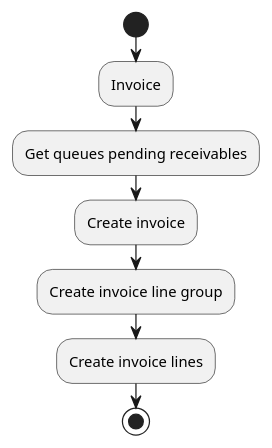
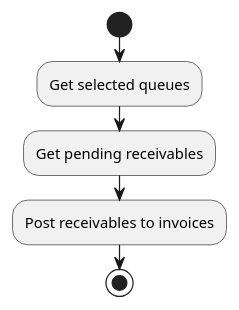
Before and after one commit to yesbabylon/symbiose: the first of 2 diagrams in DOC/developer-manual/sale/actions/receivable-queue.md, drawn with PlantUML. The commit also changed other lines of this file and 9 other files, not shown here.

````diff
--- a/DOC/developer-manual/sale/actions/receivable-queue.md
+++ b/DOC/developer-manual/sale/actions/receivable-queue.md
@@ -19,19 +19,15 @@
 ```puml
 @startuml
 
 start
 
-:Invoice;
+:Get selected queues;
 
-:Get queues pending receivables;
+:Get pending receivables;
 
-:Create invoice;
-
-:Create invoice line group;
-
-:Create invoice lines;
+:Post receivables to invoices;
 
 stop
 
 @enduml
 ```
````
